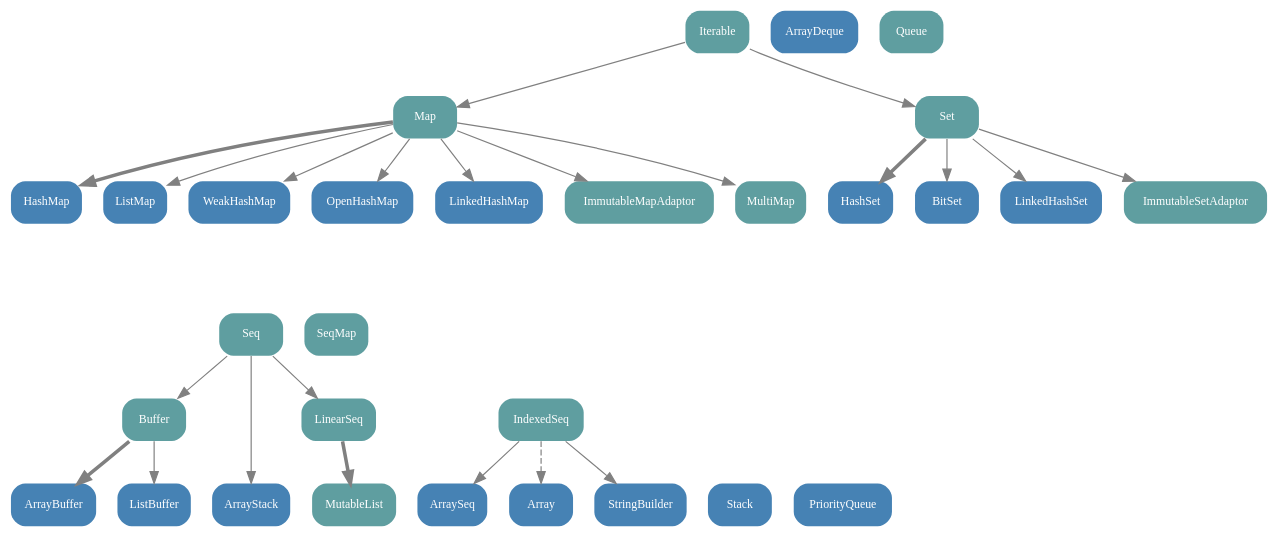
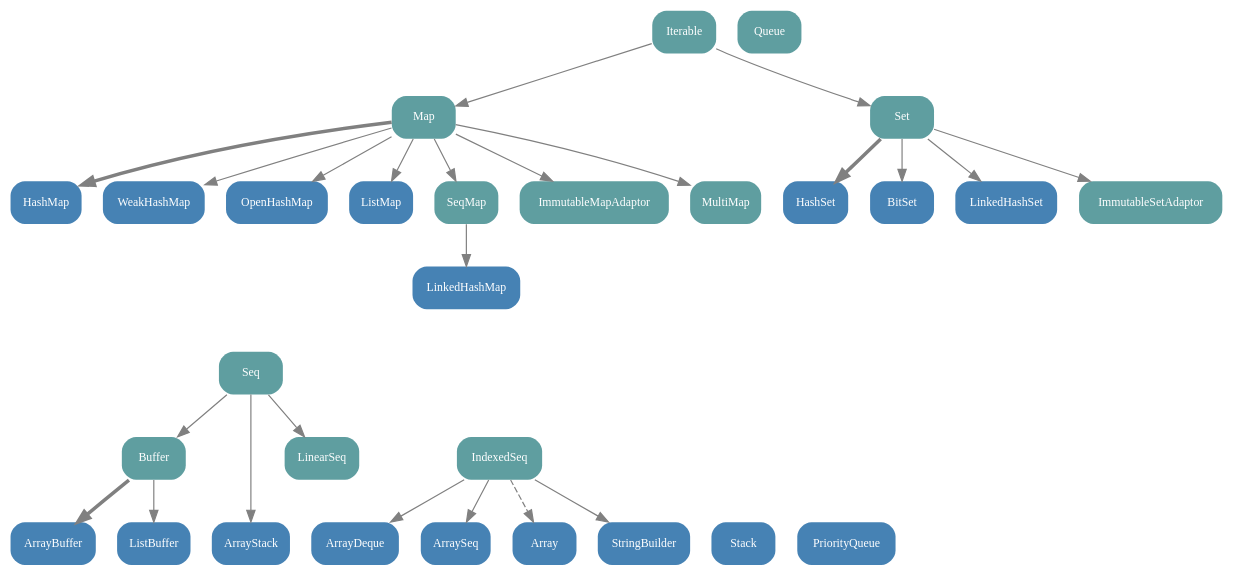
The diagram in src/scala.collection.mutable.gv (er1c/scala-collections-charts), drawn with Graphviz before and after one commit. The commit also changed 1 other file, not shown here.

```diff
--- a/src/scala.collection.mutable.gv
+++ b/src/scala.collection.mutable.gv
@@ -1,79 +1,79 @@
 // dot graphs for the Scala 2.13 Collections API
 // package scala.collection.mutable
 // (C) 2010 by Mathias
 // (C) 2015 and 2019 by Mike Slinn
 
 // Traversable removed because it was deprecated in Scala 2.13
 digraph "scala.collection.mutable" {
   bgcolor=transparent
   dpi=68
 
   // layout help
   node [shape=point, style=invis]
   edge [style=invis]
   Level0 -> Level1 -> Level2 -> Level3 -> Level4 -> Level5 -> Level6 -> Level7 -> Level8 -> Level9
 
   // node definitions
   node [shape=box, style="rounded, filled", fontname=tahoma, fontsize=10, fontcolor=white, color=none, fillcolor=cadetblue]
   mIterable [label="Iterable", URL="http://www.scala-lang.org/api/current/scala/collection/mutable/Iterable.html"]
     mMap [label="Map", URL="http://www.scala-lang.org/api/current/scala/collection/mutable/Map.html"]
       mHashMap [fillcolor="steelblue", label="HashMap", URL="http://www.scala-lang.org/api/current/scala/collection/mutable/HashMap.html"]
-      mListMap [fillcolor="steelblue", label="HashMap", URL="http://www.scala-lang.org/api/current/scala/collection/mutable/ListMap.html"]
       WeakHashMap [fillcolor="steelblue", URL="http://www.scala-lang.org/api/current/scala/collection/mutable/WeakHashMap.html"]
       OpenHashMap [fillcolor="steelblue", URL="http://www.scala-lang.org/api/current/scala/collection/mutable/OpenHashMap.html"]
       mListMap [fillcolor="steelblue", label="ListMap", URL="http://www.scala-lang.org/api/current/scala/collection/mutable/ListMap.html"]
     mSeq [label="Seq", URL="http://www.scala-lang.org/api/current/scala/collection/mutable/Seq.html"]
       mIndexedSeq [label="IndexedSeq", URL="http://www.scala-lang.org/api/current/scala/collection/mutable/IndexedSeq.html"]
         ArrayBuffer [fillcolor="steelblue", URL="http://www.scala-lang.org/api/current/scala/collection/mutable/ArrayBuffer.html"] // also a Buffer
         ArrayDeque [fillcolor="steelblue", URL="http://www.scala-lang.org/api/current/scala/collection/mutable/ArrayDeque.html"]
         ArraySeq [fillcolor="steelblue", URL="http://www.scala-lang.org/api/current/scala/collection/mutable/ArraySeq.html"]
         Array [fillcolor="steelblue", URL="http://www.scala-lang.org/api/current/scala/Array.html"]
         StringBuilder [fillcolor="steelblue", URL="http://www.scala-lang.org/api/current/scala/collection/mutable/StringBuilder.html"]
       Buffer [URL="http://www.scala-lang.org/api/current/scala/collection/mutable/Buffer.html"]
         ListBuffer [fillcolor="steelblue", URL="http://www.scala-lang.org/api/current/scala/collection/mutable/ListBuffer.html"]
       mStack [fillcolor="steelblue", label="Stack", URL="http://www.scala-lang.org/api/current/scala/collection/mutable/Stack.html"]
       ArrayStack [fillcolor="steelblue", URL="http://www.scala-lang.org/api/current/scala/collection/mutable/ArrayStack.html"]
       PriorityQueue [fillcolor="steelblue", URL="http://www.scala-lang.org/api/current/scala/collection/mutable/PriorityQueue.html"]
         mLinearSeq [label="LinearSeq", URL="http://www.scala-lang.org/api/current/scala/collection/immutable/LinearSeq.html"]
           mQueue [label="Queue", URL="http://www.scala-lang.org/api/current/scala/collection/mutable/Queue.html"]
     mSeqMap [label="SeqMap", URL="http://www.scala-lang.org/api/current/scala/collection/mutable/SeqMap.html"]
       LinkedHashMap [fillcolor="steelblue", label="LinkedHashMap", URL="http://www.scala-lang.org/api/current/scala/collection/mutable/LinkedHashMap.html"]
     mSet [label="Set", URL="http://www.scala-lang.org/api/current/scala/collection/mutable/Set.html"]
       mHashSet [fillcolor="steelblue", label="HashSet", URL="http://www.scala-lang.org/api/current/scala/collection/mutable/HashSet.html"]
       mBitSet [fillcolor="steelblue", label="BitSet", URL="http://www.scala-lang.org/api/current/scala/collection/mutable/BitSet.html"]
       LinkedHashSet [fillcolor="steelblue", URL="http://www.scala-lang.org/api/current/scala/collection/mutable/LinkedHashSet.html"]
 
   // layout help
   { rank=same; Level0; mIterable }
-  { rank=same; Level1; mSet; mMap }
-  { rank=same; Level2; WeakHashMap; OpenHashMap; ImmutableMapAdaptor; LinkedHashMap; ImmutableSetAdaptor }
-  { rank=same; Level3; }
-  { rank=same; Level4; mSeq; mSeqMap }
-  { rank=same; Level5; }
+  { rank=same; Level1; mSet; mMap}
+  { rank=same; Level2; WeakHashMap; OpenHashMap; ImmutableMapAdaptor; ImmutableSetAdaptor; mSeqMap; MultiMap }
+  { rank=same; Level3; LinkedHashMap }
+  { rank=same; Level4; mSeq }
+  { rank=same; Level5;  }
   { rank=same; Level6; ArraySeq; mStack; ArrayStack; PriorityQueue }
 
   // edge definitions
   edge [style=solid, color=gray]
   mIndexedSeq -> ArraySeq
   mIndexedSeq -> Array [style=dashed, URL="http://www.scala-lang.org/api/current/scala/collection/mutable/ArrayOps.html"]
   mIndexedSeq -> StringBuilder
+  mIndexedSeq -> ArrayDeque
   mSeq -> mLinearSeq
-  mLinearSeq -> MutableList [penwidth=3]
   mSeq -> Buffer
   Buffer -> ArrayBuffer [penwidth=3]
   Buffer -> ListBuffer
   mSeq -> ArrayStack
   mIterable -> mSet
   mSet -> mHashSet [penwidth=3]
   mSet -> mBitSet
   mSet -> LinkedHashSet
   mSet -> ImmutableSetAdaptor
   mIterable -> mMap
   mMap -> mHashMap [penwidth=3]
   mMap -> WeakHashMap
   mMap -> OpenHashMap
-  mMap -> LinkedHashMap
   mMap -> mListMap
   mMap -> MultiMap
   mMap -> ImmutableMapAdaptor
+  mMap -> mSeqMap
+  mSeqMap -> LinkedHashMap
 }
```
